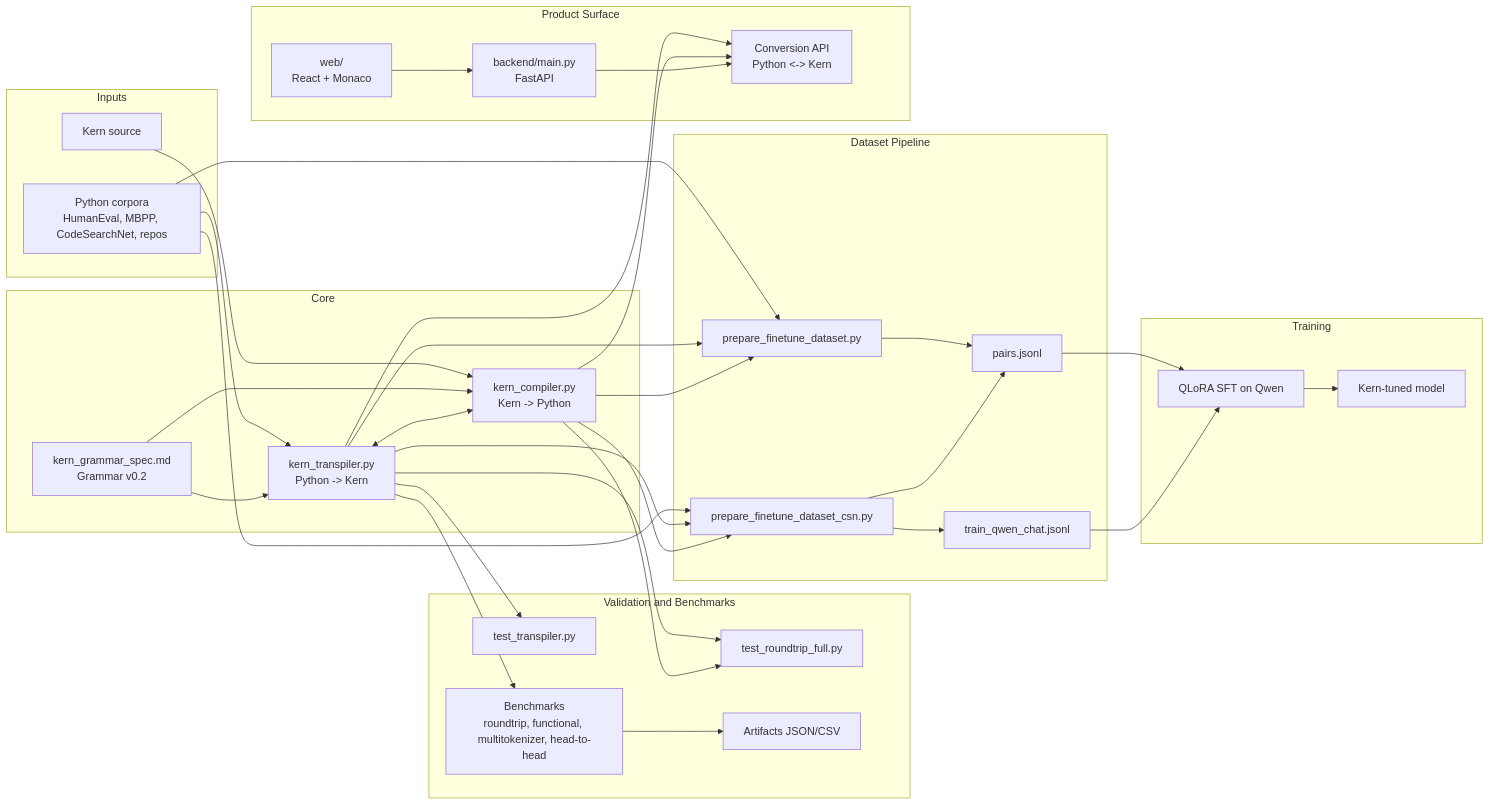
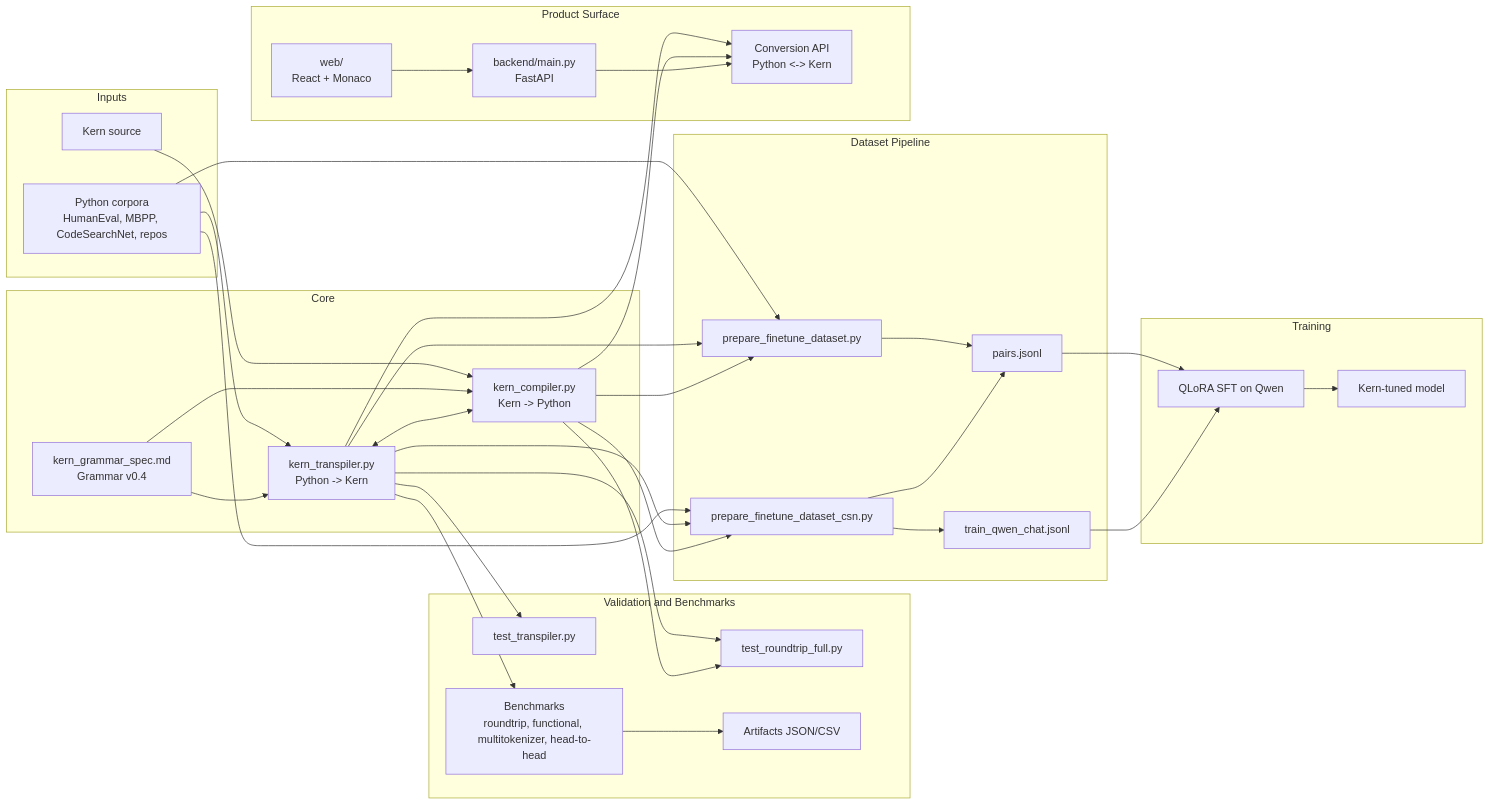
One commit to OscarCode9/kern changed the diagram in README.md. Above: the diagram before and after it, drawn with Mermaid. The commit also changed other lines of this file and 18 other files, not shown here.

````diff
--- a/README.md
+++ b/README.md
@@ -13,69 +13,69 @@
 ```mermaid
 flowchart LR
   subgraph Inputs
     A1[Python corpora<br/>HumanEval, MBPP, CodeSearchNet, repos]
     A2[Kern source]
   end
 
   subgraph Core
     B1[kern_transpiler.py<br/>Python -> Kern]
     B2[kern_compiler.py<br/>Kern -> Python]
-    B3[kern_grammar_spec.md<br/>Grammar v0.2]
+    B3[kern_grammar_spec.md<br/>Grammar v0.4]
   end
 
   subgraph Validation and Benchmarks
     C1[test_transpiler.py]
     C2[test_roundtrip_full.py]
     C3[Benchmarks<br/>roundtrip, functional, multitokenizer, head-to-head]
     C4[Artifacts JSON/CSV]
   end
 
   subgraph Dataset Pipeline
     D1[prepare_finetune_dataset.py]
     D2[prepare_finetune_dataset_csn.py]
     D3[pairs.jsonl]
     D4[train_qwen_chat.jsonl]
   end
 
   subgraph Training
     E1[QLoRA SFT on Qwen]
     E2[Kern-tuned model]
   end
 
   subgraph Product Surface
     F1[backend/main.py<br/>FastAPI]
     F2[web/<br/>React + Monaco]
     F3[Conversion API<br/>Python <-> Kern]
   end
 
   A1 --> B1
   A2 --> B2
   B3 --> B1
   B3 --> B2
   B1 <--> B2
 
   B1 --> C1
   B1 --> C2
   B2 --> C2
   B1 --> C3
   C3 --> C4
 
   A1 --> D1
   A1 --> D2
   B1 --> D1
   B2 --> D1
   B1 --> D2
   B2 --> D2
   D1 --> D3
   D2 --> D3
   D2 --> D4
 
   D3 --> E1
   D4 --> E1
   E1 --> E2
 
   B1 --> F3
   B2 --> F3
   F1 --> F3
   F2 --> F1
 ```
````
